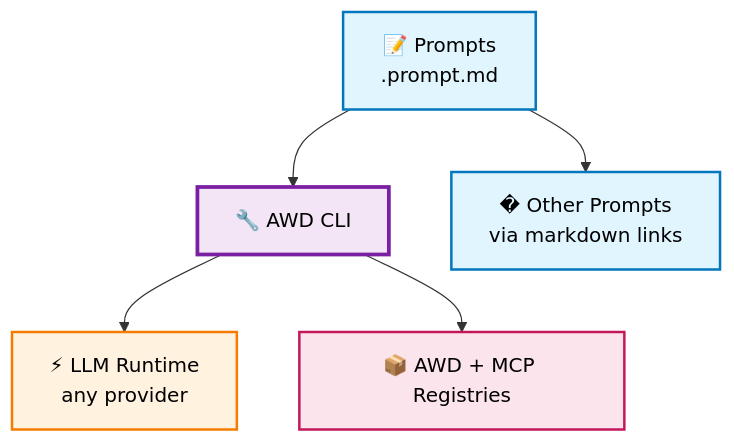
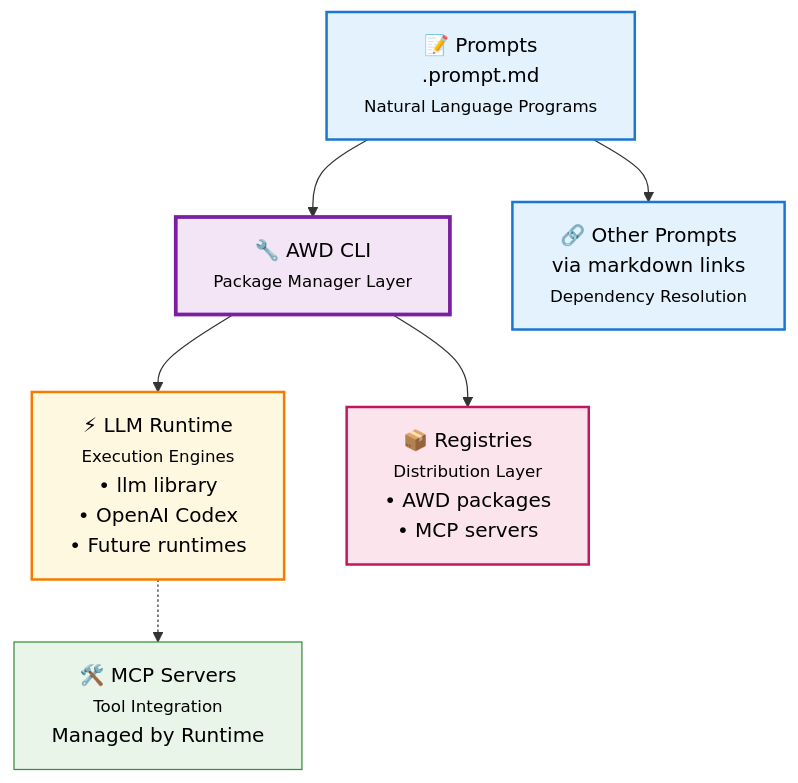
Before and after one commit to danielmeppiel/apm-cli: the diagram in README.md, drawn with Mermaid. The commit also changed other lines of this file, not shown here.

Commit message:
fix: Enhance README to clarify AWD's role in AI-native development and improve structure

````diff
--- a/README.md
+++ b/README.md
@@ -134,13 +152,16 @@
 ```mermaid
 graph TD
-    A[📝 Prompts<br/>.prompt.md] --> B[🔧 AWD CLI]
-    A --> A2[� Other Prompts<br/>via markdown links]
-    B --> D[⚡ LLM Runtime<br/>any provider]
-    B --> E[📦 AWD + MCP Registries]
+    A["📝 Prompts<br/>.prompt.md<br/><small>Natural Language Programs</small>"] --> B["🔧 AWD CLI<br/><small>Package Manager Layer</small>"]
+    A --> A2["🔗 Other Prompts<br/>via markdown links<br/><small>Dependency Resolution</small>"]
+    B --> D["⚡ LLM Runtime<br/><small>Execution Engines</small><br/>• llm library<br/>• OpenAI Codex<br/>• Future runtimes"]
+    B --> E["📦 Registries<br/><small>Distribution Layer</small><br/>• AWD packages<br/>• MCP servers"]
     
-    style A fill:#e1f5fe,stroke:#0277bd,stroke-width:2px,color:#000
-    style A2 fill:#e1f5fe,stroke:#0277bd,stroke-width:2px,color:#000
+    D -.-> F["🛠️ MCP Servers<br/><small>Tool Integration</small><br/>Managed by Runtime"]
+    
+    style A fill:#e3f2fd,stroke:#1976d2,stroke-width:2px,color:#000
+    style A2 fill:#e3f2fd,stroke:#1976d2,stroke-width:2px,color:#000
     style B fill:#f3e5f5,stroke:#7b1fa2,stroke-width:3px,color:#000
-    style D fill:#fff3e0,stroke:#f57c00,stroke-width:2px,color:#000
+    style D fill:#fff8e1,stroke:#f57c00,stroke-width:2px,color:#000
     style E fill:#fce4ec,stroke:#c2185b,stroke-width:2px,color:#000
+    style F fill:#e8f5e8,stroke:#388e3c,stroke-width:1px,color:#000
 ```
````
